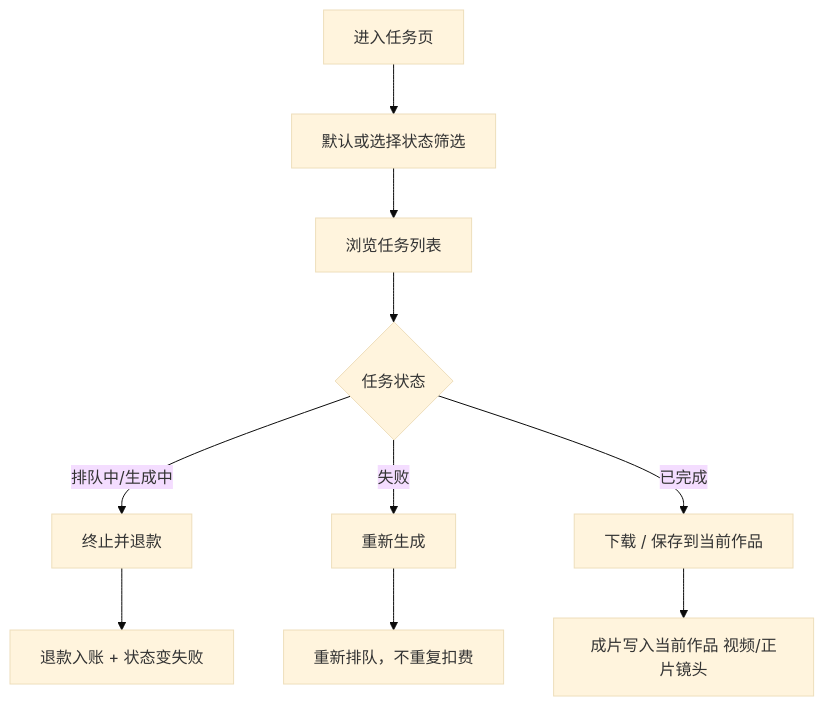
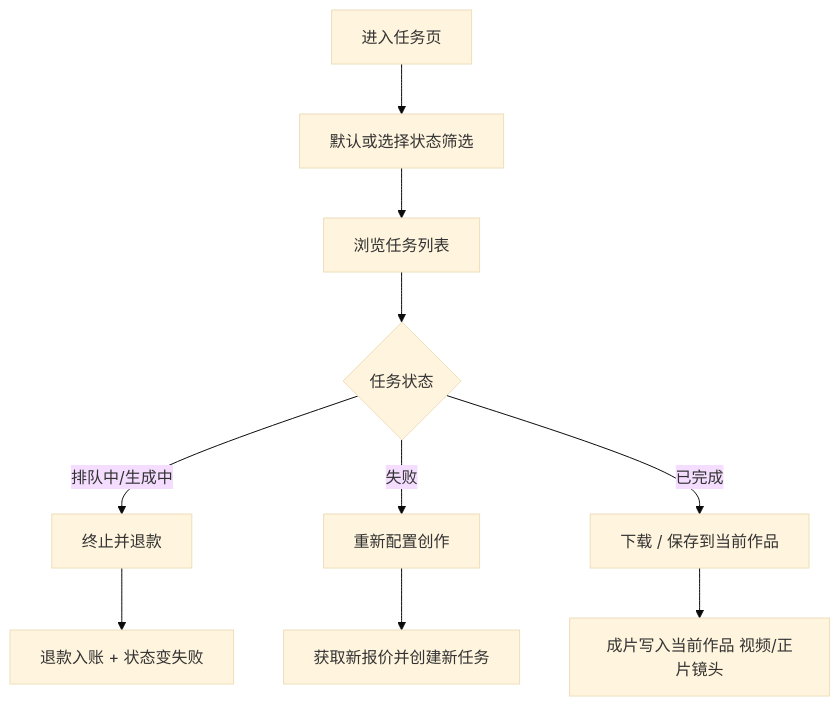
Before and after one commit to fjl-gj/sub2video: the fifth of 10 diagrams in docs/flows/客户端页面流程.md, drawn with Mermaid (base theme). The commit also changed other lines of this file and 52 other files, not shown here.

````diff
--- a/docs/flows/客户端页面流程.md
+++ b/docs/flows/客户端页面流程.md
@@ -192,12 +191,12 @@
 ```mermaid
 flowchart TD
   A[进入任务页] --> B[默认或选择状态筛选]
   B --> C[浏览任务列表]
   C --> D{任务状态}
   D -->|排队中/生成中| E[终止并退款]
-  D -->|失败| F[重新生成]
+  D -->|失败| F[重新配置创作]
   D -->|已完成| G[下载 / 保存到当前作品]
   E --> H[退款入账 + 状态变失败]
-  F --> I[重新排队，不重复扣费]
+  F --> I[获取新报价并创建新任务]
   G --> J[成片写入当前作品 视频/正片镜头]
 ```
````
